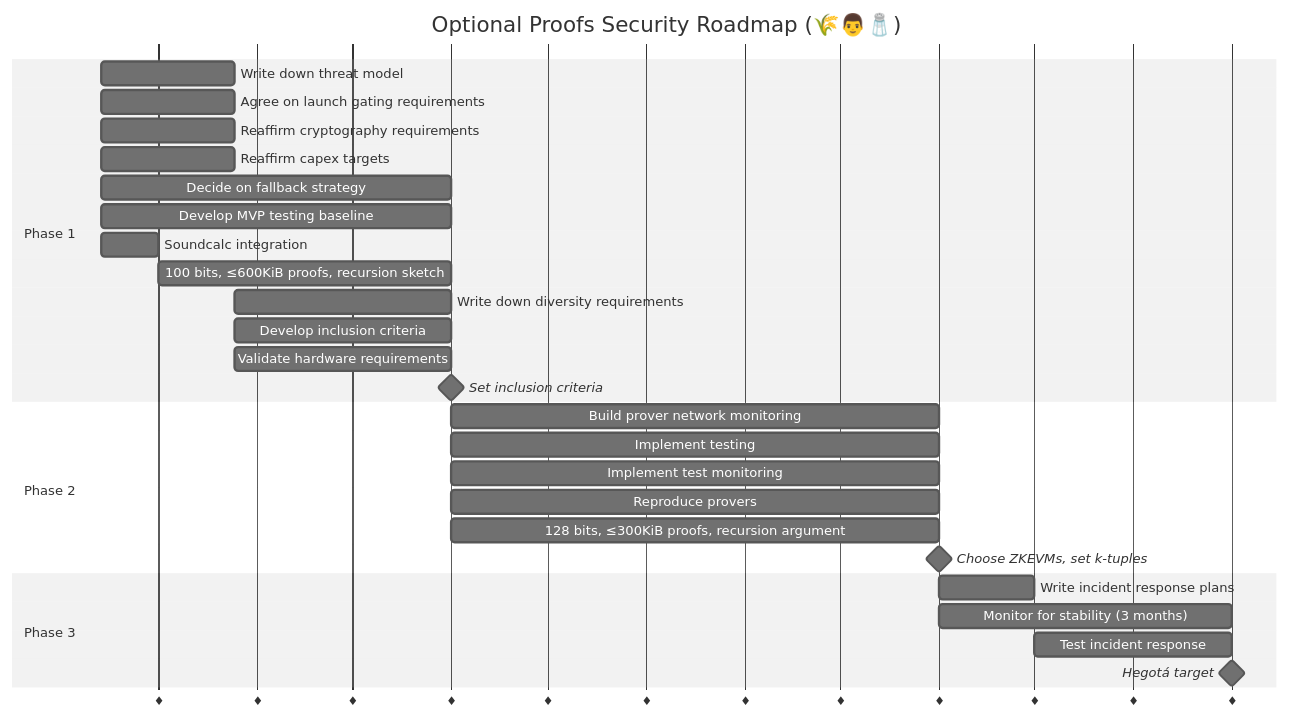
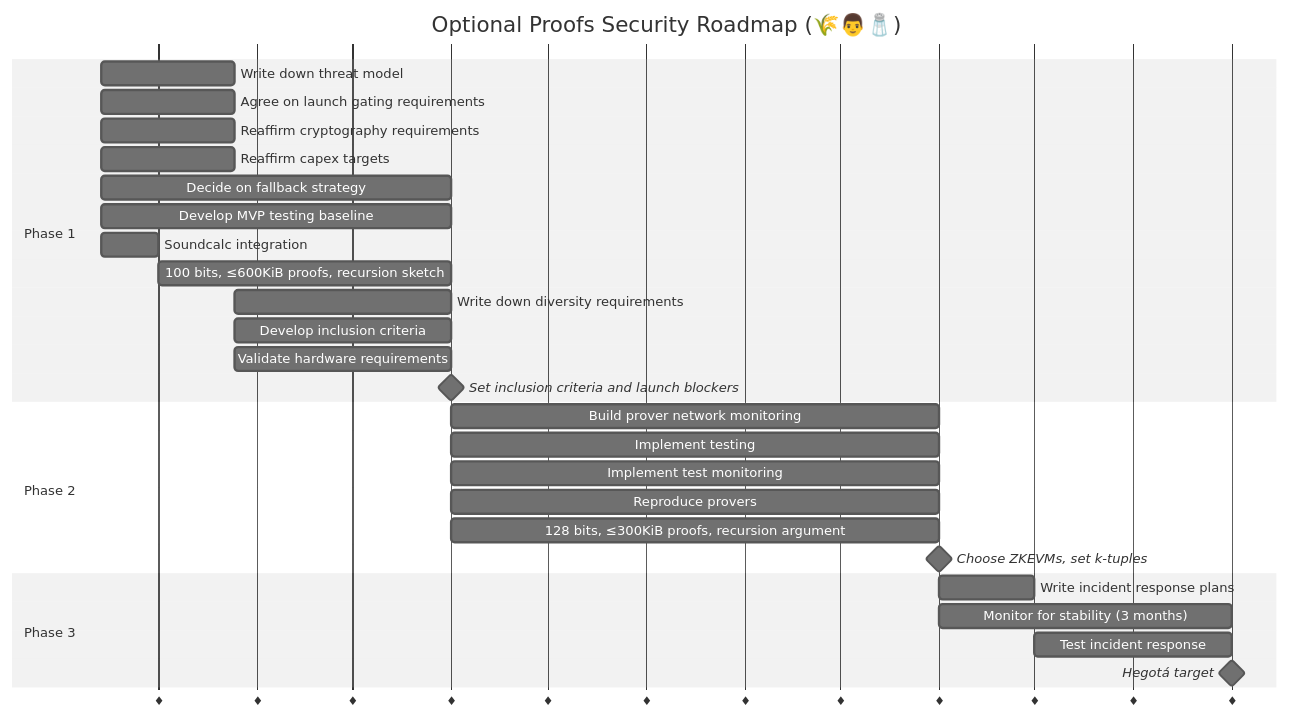
One commit to codygunton/talks-and-writing changed the diagram in 2026-02-optional-tasks/optional.mmd. Above: the diagram before and after it, drawn with Mermaid (neutral theme). The commit also changed 1 other file, not shown here.

Commit message:
update optional diagrams

```diff
--- a/2026-02-optional-tasks/optional.mmd
+++ b/2026-02-optional-tasks/optional.mmd
@@ -1,119 +1,119 @@
 gantt
     title Optional Proofs Security Roadmap (🌾👨🧂)
     dateFormat YYYY-MM-DD
     axisFormat ♦ 
 
     section Phase 1
     Write down threat model               :p1a, 2026-02-11, 6w
     Agree on launch gating requirements   :p1b, 2026-02-11, 6w
     Reaffirm cryptography requirements    :p1e, 2026-02-11, 6w
     Reaffirm capex targets                :p1f, 2026-02-11, 6w
     Decide on fallback strategy           :p1c, 2026-02-11, 2026-06-01
     Develop MVP testing baseline          :p1g, 2026-02-11, 2026-06-01
     Soundcalc integration                 :p2i, 2026-02-11, 2026-03-01
     100 bits, ≤600KiB proofs, recursion sketch  :p2j, after p2i, 2026-06-01
     Write down diversity requirements     :p1d, after p1b, 2026-06-01
     Develop inclusion criteria            :p1h, after p1b, 2026-06-01
     Validate hardware requirements        :p2g, after p1f, 2026-06-01
-    Set inclusion criteria                :milestone, 2026-06-01, 0d
+    Set inclusion criteria and launch blockers :milestone, 2026-06-01, 0d
 
     section Phase 2
     Build prover network monitoring       :p2f, 2026-06-01, 2026-11-01
     Implement testing                     :p2b, 2026-06-01, 2026-11-01
     Implement test monitoring             :p2c, 2026-06-01, 2026-11-01
     Reproduce provers                     :p2a, 2026-06-01, 2026-11-01
     128 bits, ≤300KiB proofs, recursion argument :p2j, 2026-06-01, 2026-11-01
     Choose ZKEVMs, set k-tuples           :milestone, 2026-11-01, 0d
 
     section Phase 3
     Write incident response plans         :p2e, 2026-11-01, 2026-12-01
     Monitor for stability (3 months)      :p3a, 2026-11-01, 2027-02-01
     Test incident response                :p3b, 2026-12-01, 2027-02-01
     Hegotá target                         :milestone, 2027-02-01, 0d
 
 %%
 %% flowchart BT
 %%     optional_proofs[🚢 optional proofs 🚢]
 %%
 %%     incident_response_plans[incident response plans]
 %%     incident_response_testing[incident response testing]
 %%     fallback_plans[fallback plans]
 %%     threat_model[threat model]
 %%
 %%     test_monitoring[test monitoring]
 %%     mvp_testing[MVP testing]
 %%
 %%     mvp_stability[MVP network stability]
 %%     prover_network_monitoring[prover network monitoring]
 %%     stan_monitoring[stateless attester network monitoring]
 %%     hardware_spec[hardware specs]
 %%     cluster_reproduction[cluster reproduction]
 %%     zkevm_selection[ZKEVM selection]
 %%     zkevm_inclusion_criteria[ZKEVM inclusion criteria]
 %%     zkevm_diversity_criteria[ZKEVM diversity criteria]
 %%     zkevm_security_criteria[ZKEVM security criteria]
 %%
 %%     mvp_stability --> optional_proofs
 %%     cluster_reproduction --> mvp_stability
 %%     prover_network_monitoring --> mvp_stability
 %%     stan_monitoring --> mvp_stability
 %%     zkevm_selection --> cluster_reproduction
 %%     zkevm_inclusion_criteria --> zkevm_selection
 %%     hardware_spec --> zkevm_inclusion_criteria
 %%     zkevm_diversity_criteria --> zkevm_inclusion_criteria
 %%     zkevm_security_criteria --> zkevm_inclusion_criteria
 %%     threat_model --> prover_network_monitoring
 %%     threat_model --> stan_monitoring
 %%     threat_model --> zkevm_diversity_criteria
 %%
 %%     incident_response_plans --> incident_response_testing
 %%     incident_response_testing --> optional_proofs
 %%     fallback_plans --> incident_response_plans
 %%     threat_model --> incident_response_plans
 %%
 %%     test_monitoring --> optional_proofs
 %%     mvp_testing --> test_monitoring
 %%
 %
 %% flowchart BT
 %%     optional_proofs[🚢 optional proofs 🚢]
 %%
 %%     incident_response_plans[incident response plans]
 %%     incident_response_testing[incident response testing]
 %%     fallback_plans[fallback plans]
 %%     threat_model[threat model]
 %%
 %%     test_monitoring[test monitoring]
 %%     mvp_testing[MVP testing]
 %%
 %%     mvp_stability[MVP network stability]
 %%     prover_network_monitoring[prover network monitoring]
 %%     stan_monitoring[stateless attester network monitoring]
 %%     hardware_spec[hardware specs]
 %%     cluster_reproduction[cluster reproduction]
 %%     zkevm_selection[ZKEVM selection]
 %%     zkevm_inclusion_criteria[ZKEVM inclusion criteria]
 %%     zkevm_diversity_criteria[ZKEVM diversity criteria]
 %%     zkevm_security_criteria[ZKEVM security criteria]
 %%
 %%     mvp_stability --> optional_proofs
 %%     cluster_reproduction --> mvp_stability
 %%     prover_network_monitoring --> mvp_stability
 %%     stan_monitoring --> mvp_stability
 %%     zkevm_selection --> cluster_reproduction
 %%     zkevm_inclusion_criteria --> zkevm_selection
 %%     hardware_spec --> zkevm_inclusion_criteria
 %%     zkevm_diversity_criteria --> zkevm_inclusion_criteria
 %%     zkevm_security_criteria --> zkevm_inclusion_criteria
 %%     threat_model --> prover_network_monitoring
 %%     threat_model --> stan_monitoring
 %%     threat_model --> zkevm_diversity_criteria
 %%
 %%     incident_response_plans --> incident_response_testing
 %%     incident_response_testing --> optional_proofs
 %%     fallback_plans --> incident_response_plans
 %%     threat_model --> incident_response_plans
 %%
 %%     test_monitoring --> optional_proofs
 %%     mvp_testing --> test_monitoring
 %%
```
